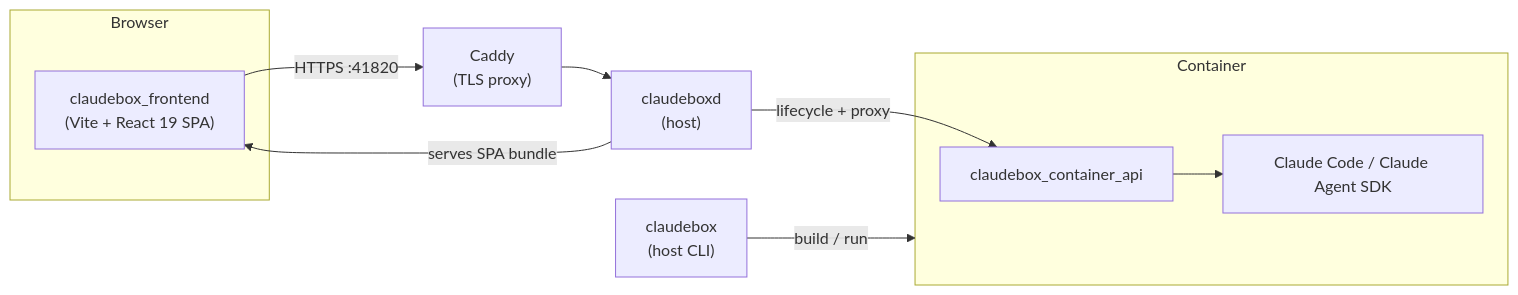
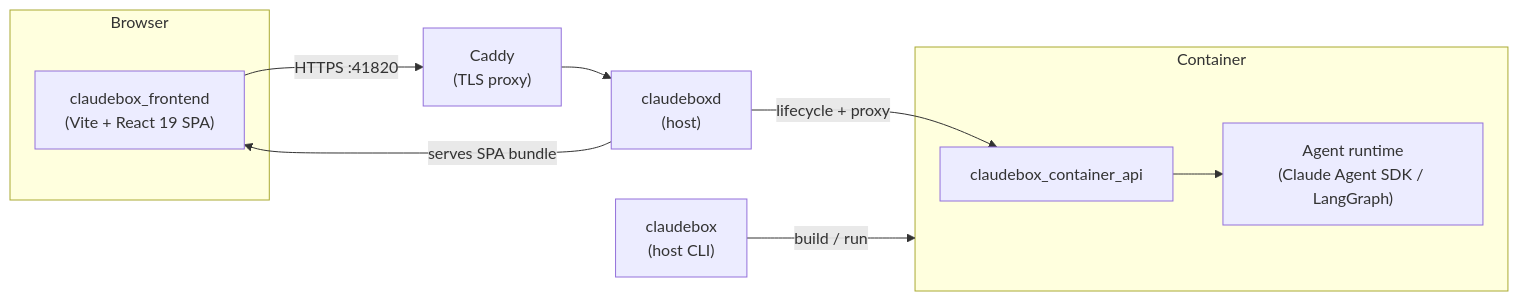
One commit to jakubro/claudebox changed the diagram in README.md. Above: the diagram before and after it, drawn with Mermaid. The commit also changed other lines of this file and 620 other files, not shown here.

````diff
--- a/README.md
+++ b/README.md
@@ -412,20 +450,20 @@
 ```mermaid
 flowchart LR
   subgraph Browser
     Frontend["claudebox_frontend<br/>(Vite + React 19 SPA)"]
   end
   Caddy["Caddy<br/>(TLS proxy)"]
   Daemon["claudeboxd<br/>(host)"]
   CLI["claudebox<br/>(host CLI)"]
   subgraph Container
     API["claudebox_container_api"]
-    Claude["Claude Code / Claude Agent SDK"]
+    Runtime["Agent runtime<br/>(Claude Agent SDK / LangGraph)"]
   end
 
   Frontend -- "HTTPS :41820" --> Caddy
   Caddy --> Daemon
   Daemon -- "serves SPA bundle" --> Frontend
   CLI -- "build / run" --> Container
   Daemon -- "lifecycle + proxy" --> API
-  API --> Claude
+  API --> Runtime
 ```
````
